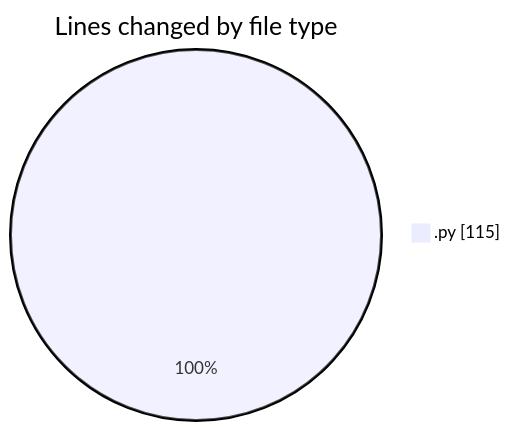
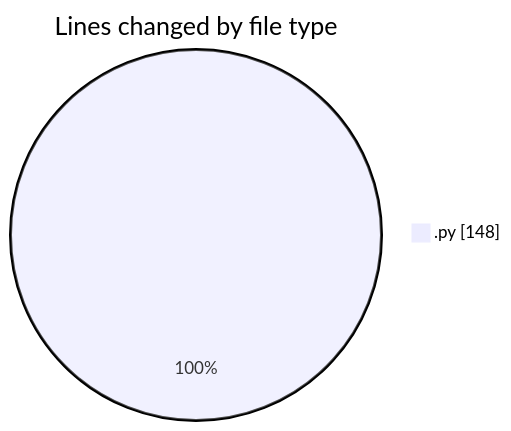
The first of 2 diagrams in 2026-02-21/student_performance_system/README.md (hasnaa123/code-tracking), drawn with Mermaid before and after one commit. The commit also changed other lines of this file and 1 other file, not shown here.

````diff
--- a/2026-02-21/student_performance_system/README.md
+++ b/2026-02-21/student_performance_system/README.md
@@ -20,5 +20,5 @@
 ```mermaid
 pie showData
 title Lines changed by file type
-".py" : 115
+".py" : 148
 ```
````
